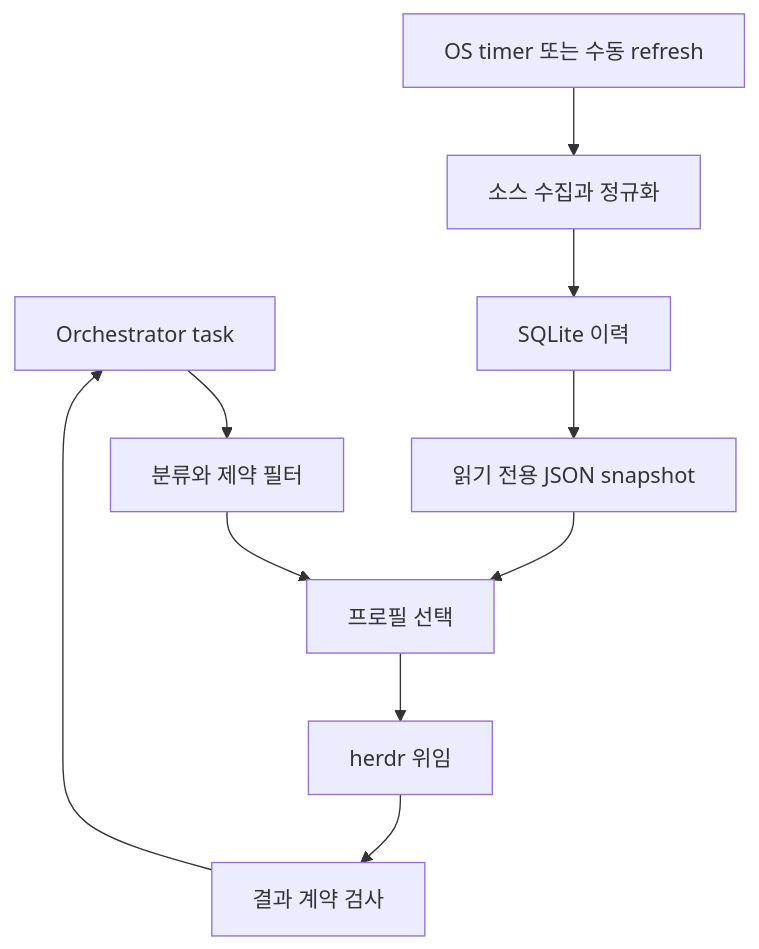
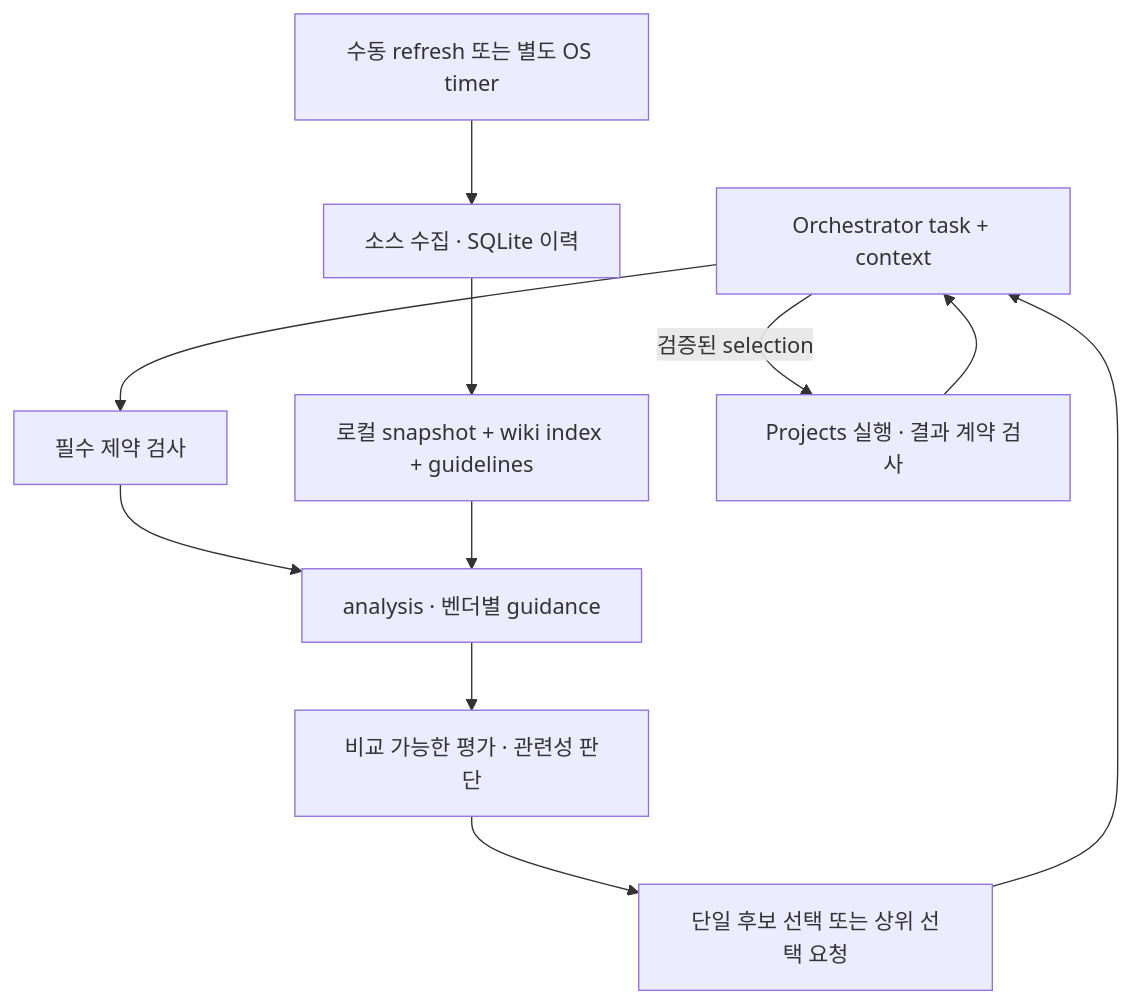
The diagram in 03_ROUTING_AND_DATA_SPEC.md (hjlim4u/bench-router), drawn with Mermaid before and after one commit. The commit also changed other lines of this file and 18 other files, not shown here.

````diff
--- a/03_ROUTING_AND_DATA_SPEC.md
+++ b/03_ROUTING_AND_DATA_SPEC.md
@@ -7,12 +7,13 @@
 ```mermaid
 flowchart TD
-  O["Orchestrator task"] --> R["분류와 제약 필터"]
-  R --> S["프로필 선택"]
-  H["읽기 전용 JSON snapshot"] --> S
-  S --> E["herdr 위임"]
-  E --> V["결과 계약 검사"]
-  V --> O
-  T["OS timer 또는 수동 refresh"] --> F["소스 수집과 정규화"]
-  F --> D["SQLite 이력"]
-  D --> H
+  O[Orchestrator task + context] --> C[필수 제약 검사]
+  C --> A[analysis · 벤더별 guidance]
+  S[로컬 snapshot + wiki index + guidelines] --> A
+  A --> B[비교 가능한 평가 · 관련성 판단]
+  B --> P[단일 후보 선택 또는 상위 선택 요청]
+  P --> O
+  O -->|검증된 selection| E[Projects 실행 · 결과 계약 검사]
+  E --> O
+  T[수동 refresh 또는 별도 OS timer] --> F[소스 수집 · SQLite 이력]
+  F --> S
 ```
````
